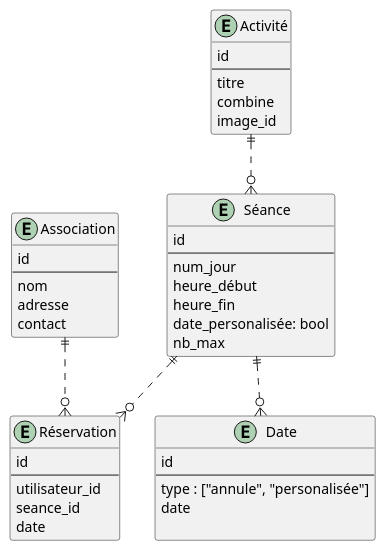
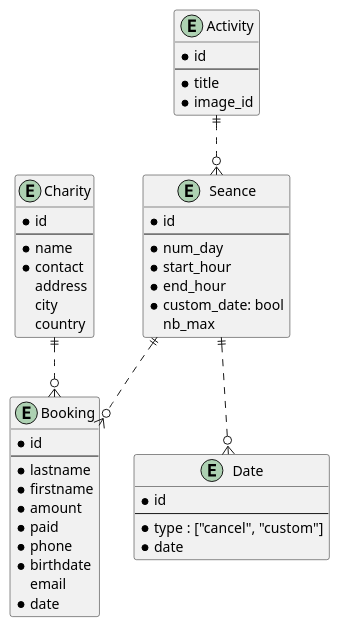
The diagram in schema/database.puml (vsantele/IG2-java-projet), drawn with PlantUML before and after one commit.

Commit message:
to english

```diff
--- a/schema/database.puml
+++ b/schema/database.puml
@@ -1,48 +1,53 @@
 @startuml database
-  entity Activité {
-    id
+  entity Activity {
+    * id
     --
-    titre
-    combine
-    image_id
+    * title
+    * image_id
   }
 
-  entity Séance {
-    id
+  entity Seance {
+    * id
     --
-    num_jour
-    heure_début
-    heure_fin
-    date_personalisée: bool
+    * num_day
+    * start_hour
+    * end_hour
+    * custom_date: bool
     nb_max
   }
 
-  entity Réservation {
-    id
+  entity Booking {
+    * id
     --
-    utilisateur_id
-    seance_id
-    date
+    * lastname
+    * firstname
+    * amount
+    * paid
+    * phone
+    * birthdate
+    email
+    * date
   }
 
   entity Date {
-    id
+    * id
     --
-    type : ["annule", "personalisée"]
-    date
-
+    * type : ["cancel", "custom"]
+    * date
   }
 
-  entity Association {
-    id
+  entity Charity {
+    * id
     --
-    nom
-    adresse
-    contact
+    * name
+    * contact
+    address
+    city
+    country
   }
 
-  Activité ||..o{ Séance
-  Séance ||..o{ Réservation
-  Séance ||..o{ Date
-  Association ||..o{ Réservation
+  Activity ||..o{ Seance
+  Seance ||..o{ Booking
+  Seance ||..o{ Date
+  Charity ||..o{ Booking
 @enduml
```
